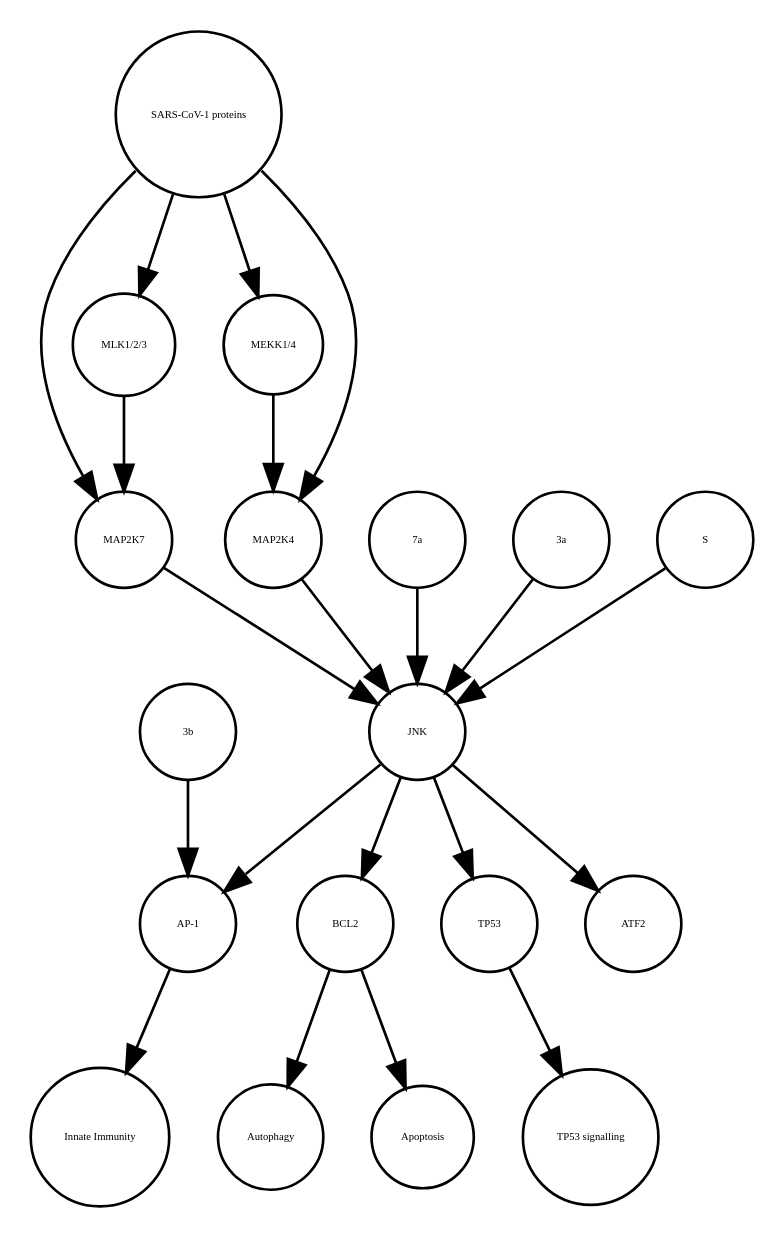
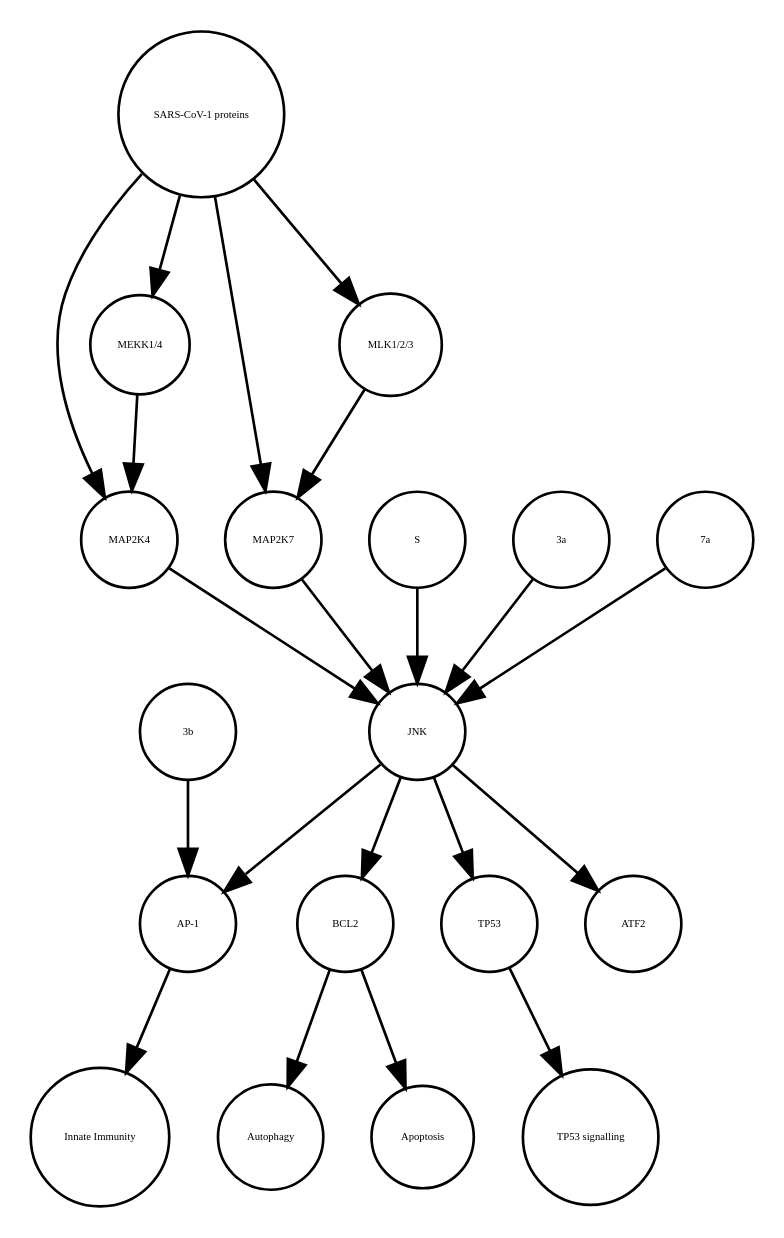
One commit to cannin/covid19-sbgn changed the diagram in JNK_pathway_stable.xml_projected.dot. Above: the diagram before and after it, drawn with Graphviz. The commit also changed other lines of this file and 529 other files, not shown here.

```diff
--- a/JNK_pathway_stable.xml_projected.dot
+++ b/JNK_pathway_stable.xml_projected.dot
@@ -1,40 +1,40 @@
 strict digraph  {
 BCL2 [annotation=urn_miriam_ncbigene_596, bipartite=0, cls=macromolecule, fontsize=4, label=BCL2, shape=circle];
 Autophagy [annotation="urn_miriam_obo.go_GO%3A0006914", bipartite=0, cls=phenotype, fontsize=4, label=Autophagy, shape=circle];
 "AP-1" [annotation="", bipartite=0, cls=complex, fontsize=4, label="AP-1", shape=circle];
 "Innate Immunity" [annotation="urn_miriam_obo.go_GO%3A0045087", bipartite=0, cls=phenotype, fontsize=4, label="Innate Immunity", shape=circle];
 TP53 [annotation=urn_miriam_ncbigene_7157, bipartite=0, cls=macromolecule, fontsize=4, label=TP53, shape=circle];
 "TP53 signalling" [annotation="urn_miriam_obo.go_GO%3A0072331", bipartite=0, cls=phenotype, fontsize=4, label="TP53 signalling", shape=circle];
 Apoptosis [annotation="urn_miriam_obo.go_GO%3A0006915", bipartite=0, cls=phenotype, fontsize=4, label=Apoptosis, shape=circle];
+MAP2K4 [annotation=urn_miriam_ncbigene_6416, bipartite=0, cls=macromolecule, fontsize=4, label=MAP2K4, shape=circle];
 MAP2K7 [annotation=urn_miriam_ncbigene_5609, bipartite=0, cls=macromolecule, fontsize=4, label=MAP2K7, shape=circle];
 "MEKK1/4" [annotation="", bipartite=0, cls=complex, fontsize=4, label="MEKK1/4", shape=circle];
-"SARS-CoV-1 proteins" [annotation="", bipartite=0, cls=complex, fontsize=4, label="SARS-CoV-1 proteins", shape=circle];
-MAP2K4 [annotation=urn_miriam_ncbigene_6416, bipartite=0, cls=macromolecule, fontsize=4, label=MAP2K4, shape=circle];
-"7a" [annotation="", bipartite=0, cls=macromolecule, fontsize=4, label="7a", shape=circle];
-"3b" [annotation="", bipartite=0, cls=macromolecule, fontsize=4, label="3b", shape=circle];
-"3a" [annotation="", bipartite=0, cls=macromolecule, fontsize=4, label="3a", shape=circle];
-JNK [annotation="", bipartite=0, cls=complex, fontsize=4, label=JNK, shape=circle];
 ATF2 [annotation=urn_miriam_ncbigene_1386, bipartite=0, cls=macromolecule, fontsize=4, label=ATF2, shape=circle];
 "MLK1/2/3" [annotation="", bipartite=0, cls=complex, fontsize=4, label="MLK1/2/3", shape=circle];
+JNK [annotation="", bipartite=0, cls=complex, fontsize=4, label=JNK, shape=circle];
 S [annotation="", bipartite=0, cls=macromolecule, fontsize=4, label=S, shape=circle];
+"3b" [annotation="", bipartite=0, cls=macromolecule, fontsize=4, label="3b", shape=circle];
+"SARS-CoV-1 proteins" [annotation="", bipartite=0, cls=complex, fontsize=4, label="SARS-CoV-1 proteins", shape=circle];
+"3a" [annotation="", bipartite=0, cls=macromolecule, fontsize=4, label="3a", shape=circle];
+"7a" [annotation="", bipartite=0, cls=macromolecule, fontsize=4, label="7a", shape=circle];
 BCL2 -> Autophagy  [annotation="", interaction_type="necessary stimulation"];
 BCL2 -> Apoptosis  [annotation="", interaction_type=inhibition];
 "AP-1" -> "Innate Immunity"  [annotation="", interaction_type="necessary stimulation"];
 TP53 -> "TP53 signalling"  [annotation="", interaction_type="necessary stimulation"];
+MAP2K4 -> JNK  [annotation="urn_miriam_pubmed_17141229|urn_miriam_taxonomy_694009|urn_miriam_taxonomy_392815", interaction_type=stimulation];
 MAP2K7 -> JNK  [annotation="urn_miriam_pubmed_17141229|urn_miriam_taxonomy_694009|urn_miriam_taxonomy_392815", interaction_type=stimulation];
 "MEKK1/4" -> MAP2K4  [annotation="urn_miriam_pubmed_31226023|urn_miriam_taxonomy_694009|urn_miriam_taxonomy_392815", interaction_type=stimulation];
-"SARS-CoV-1 proteins" -> MAP2K7  [annotation="urn_miriam_pubmed_31226023|urn_miriam_taxonomy_694009|urn_miriam_taxonomy_392815", interaction_type=stimulation];
-"SARS-CoV-1 proteins" -> "MLK1/2/3"  [annotation="urn_miriam_taxonomy_694009|urn_miriam_pubmed_31226023|urn_miriam_taxonomy_392815", interaction_type=stimulation];
-"SARS-CoV-1 proteins" -> "MEKK1/4"  [annotation="urn_miriam_pubmed_31226023|urn_miriam_taxonomy_694009|urn_miriam_taxonomy_392815", interaction_type=stimulation];
-"SARS-CoV-1 proteins" -> MAP2K4  [annotation="urn_miriam_pubmed_31226023|urn_miriam_taxonomy_694009|urn_miriam_taxonomy_392815", interaction_type=stimulation];
-MAP2K4 -> JNK  [annotation="urn_miriam_pubmed_17141229|urn_miriam_taxonomy_694009|urn_miriam_taxonomy_392815", interaction_type=stimulation];
-"7a" -> JNK  [annotation="urn_miriam_pubmed_17141229|urn_miriam_taxonomy_694009|urn_miriam_taxonomy_392815", interaction_type=stimulation];
-"3b" -> "AP-1"  [annotation="urn_miriam_pubmed_21561061|urn_miriam_taxonomy_694009", interaction_type=stimulation];
-"3a" -> JNK  [annotation="urn_miriam_pubmed_17141229|urn_miriam_taxonomy_694009|urn_miriam_taxonomy_392815", interaction_type=stimulation];
-JNK -> BCL2  [annotation=urn_miriam_pubmed_10567572, interaction_type=stimulation];
+"MLK1/2/3" -> MAP2K7  [annotation="urn_miriam_pubmed_31226023|urn_miriam_taxonomy_694009|urn_miriam_taxonomy_392815", interaction_type=stimulation];
 JNK -> "AP-1"  [annotation="urn_miriam_pubmed_21561061|urn_miriam_taxonomy_694009", interaction_type=stimulation];
 JNK -> TP53  [annotation=urn_miriam_pubmed_9724739, interaction_type=stimulation];
+JNK -> BCL2  [annotation=urn_miriam_pubmed_10567572, interaction_type=stimulation];
 JNK -> ATF2  [annotation=urn_miriam_pubmed_7824938, interaction_type=stimulation];
-"MLK1/2/3" -> MAP2K7  [annotation="urn_miriam_pubmed_31226023|urn_miriam_taxonomy_694009|urn_miriam_taxonomy_392815", interaction_type=stimulation];
 S -> JNK  [annotation="urn_miriam_pubmed_17267381|urn_miriam_taxonomy_694009|urn_miriam_taxonomy_392815", interaction_type=stimulation];
+"3b" -> "AP-1"  [annotation="urn_miriam_pubmed_21561061|urn_miriam_taxonomy_694009", interaction_type=stimulation];
+"SARS-CoV-1 proteins" -> "MEKK1/4"  [annotation="urn_miriam_pubmed_31226023|urn_miriam_taxonomy_694009|urn_miriam_taxonomy_392815", interaction_type=stimulation];
+"SARS-CoV-1 proteins" -> "MLK1/2/3"  [annotation="urn_miriam_taxonomy_694009|urn_miriam_pubmed_31226023|urn_miriam_taxonomy_392815", interaction_type=stimulation];
+"SARS-CoV-1 proteins" -> MAP2K4  [annotation="urn_miriam_pubmed_31226023|urn_miriam_taxonomy_694009|urn_miriam_taxonomy_392815", interaction_type=stimulation];
+"SARS-CoV-1 proteins" -> MAP2K7  [annotation="urn_miriam_pubmed_31226023|urn_miriam_taxonomy_694009|urn_miriam_taxonomy_392815", interaction_type=stimulation];
+"3a" -> JNK  [annotation="urn_miriam_pubmed_17141229|urn_miriam_taxonomy_694009|urn_miriam_taxonomy_392815", interaction_type=stimulation];
+"7a" -> JNK  [annotation="urn_miriam_pubmed_17141229|urn_miriam_taxonomy_694009|urn_miriam_taxonomy_392815", interaction_type=stimulation];
 }
```
